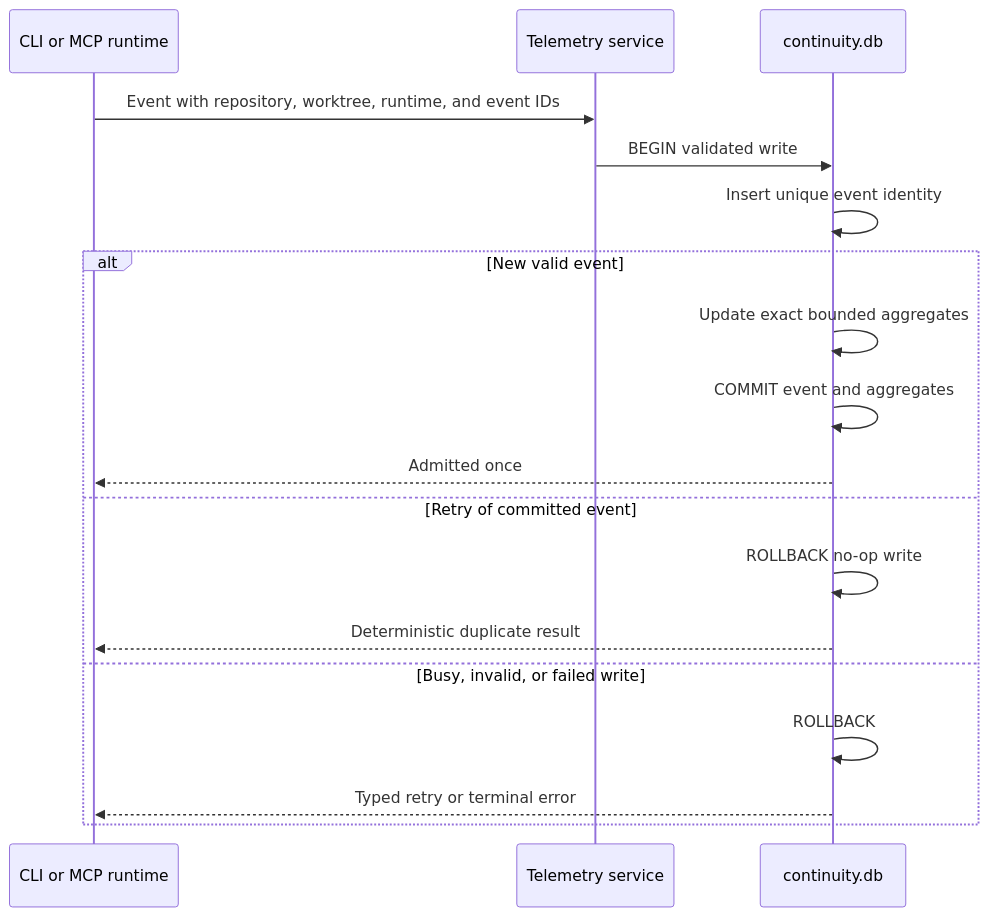
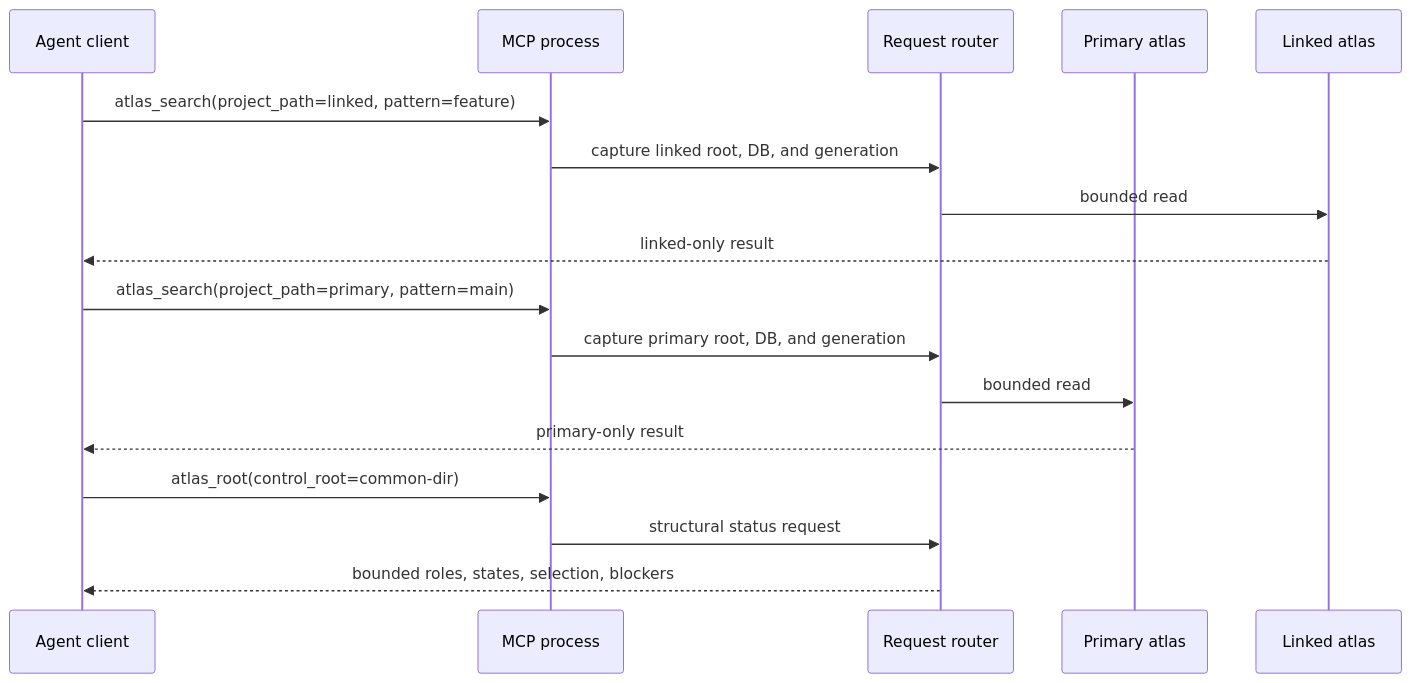
The third of 3 diagrams in docs/worktree-lifecycle.md (styler-ai/ProjectAtlas), drawn with Mermaid before and after one commit. The commit also changed other lines of this file and 19 other files, not shown here.

Commit message:
feat(worktree): add exact agent routing (#430)

````diff
--- a/docs/worktree-lifecycle.md
+++ b/docs/worktree-lifecycle.md
@@ -201,21 +53,20 @@
 ```mermaid
 sequenceDiagram
-    participant Caller as CLI or MCP runtime
-    participant Telemetry as Telemetry service
-    participant DB as continuity.db
+    participant A as Agent client
+    participant M as MCP process
+    participant R as Request router
+    participant P as Primary atlas
+    participant W as Linked atlas
 
-    Caller->>Telemetry: Event with repository, worktree, runtime, and event IDs
-    Telemetry->>DB: BEGIN validated write
-    DB->>DB: Insert unique event identity
-    alt New valid event
-        DB->>DB: Update exact bounded aggregates
-        DB->>DB: COMMIT event and aggregates
-        DB-->>Caller: Admitted once
-    else Retry of committed event
-        DB->>DB: ROLLBACK no-op write
-        DB-->>Caller: Deterministic duplicate result
-    else Busy, invalid, or failed write
-        DB->>DB: ROLLBACK
-        DB-->>Caller: Typed retry or terminal error
-    end
+    A->>M: atlas_search(project_path=linked, pattern=feature)
+    M->>R: capture linked root, DB, and generation
+    R->>W: bounded read
+    W-->>A: linked-only result
+    A->>M: atlas_search(project_path=primary, pattern=main)
+    M->>R: capture primary root, DB, and generation
+    R->>P: bounded read
+    P-->>A: primary-only result
+    A->>M: atlas_root(control_root=common-dir)
+    M->>R: structural status request
+    R-->>A: bounded roles, states, selection, blockers
 ```
````
